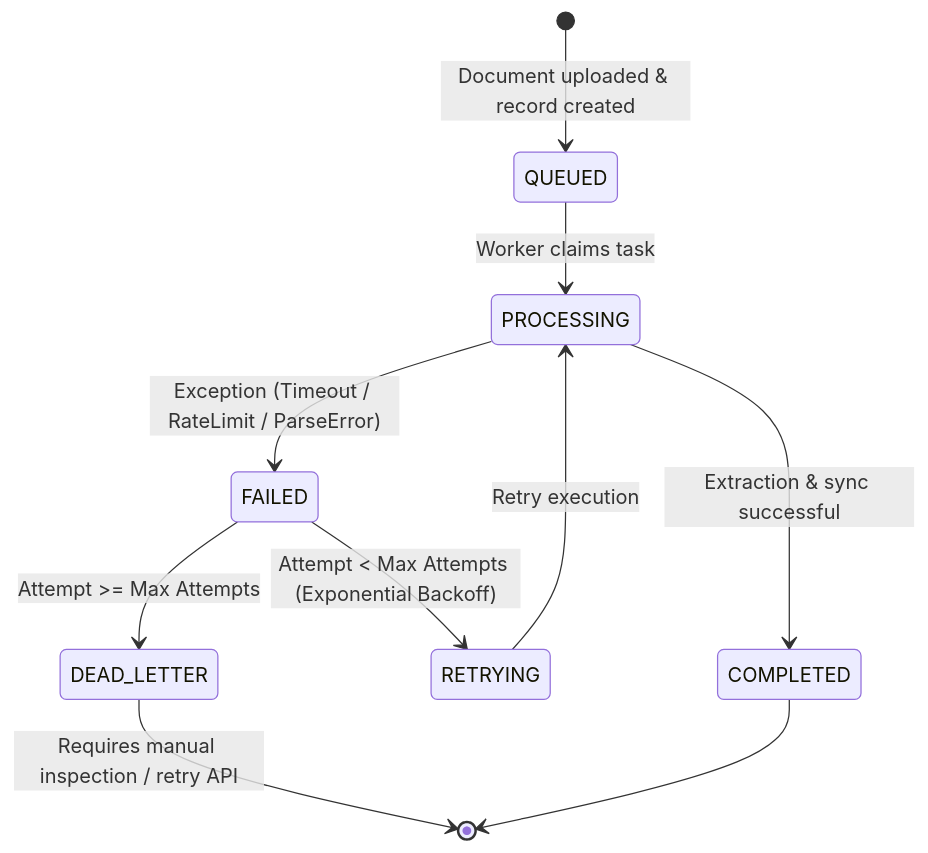
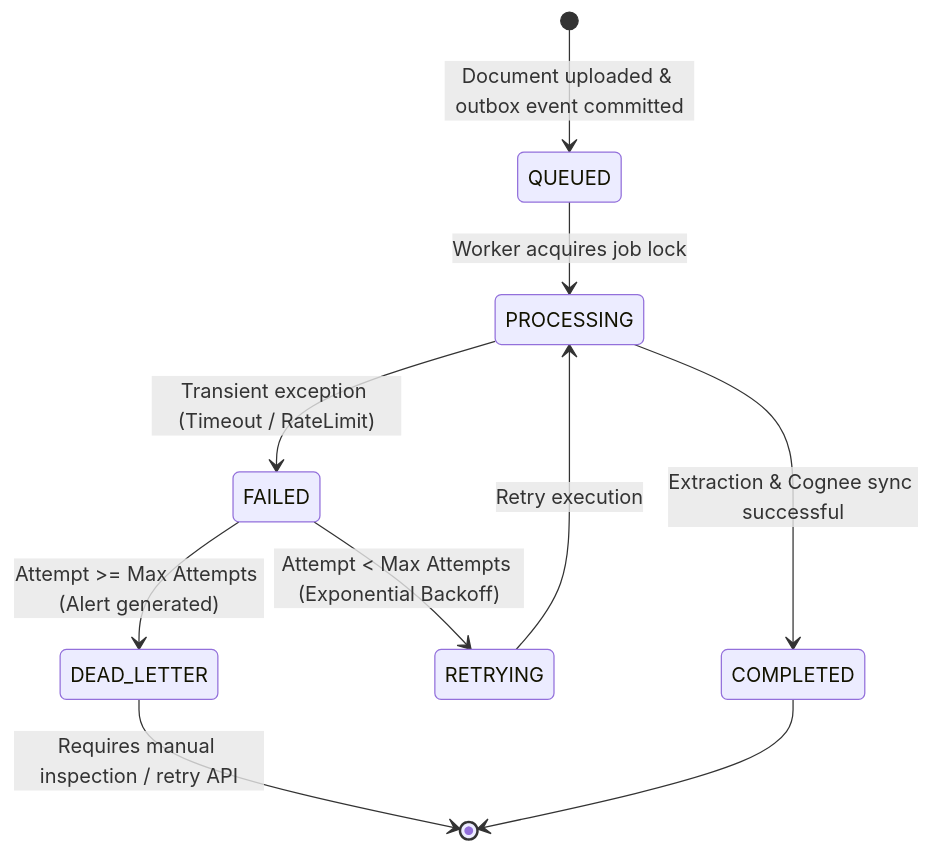
The second of 2 diagrams in docs/ingestion-pipeline.md (rushikeshbathe096/RedThread), drawn with Mermaid before and after one commit. The commit also changed other lines of this file and 38 other files, not shown here.

Commit message:
db schema

````diff
--- a/docs/ingestion-pipeline.md
+++ b/docs/ingestion-pipeline.md
@@ -50,12 +61,12 @@
 ```mermaid
 stateDiagram-v2
-    [*] --> QUEUED : Document uploaded & record created
-    QUEUED --> PROCESSING : Worker claims task
-    PROCESSING --> COMPLETED : Extraction & sync successful
-    PROCESSING --> FAILED : Exception (Timeout / RateLimit / ParseError)
+    [*] --> QUEUED : Document uploaded & outbox event committed
+    QUEUED --> PROCESSING : Worker acquires job lock
+    PROCESSING --> COMPLETED : Extraction & Cognee sync successful
+    PROCESSING --> FAILED : Transient exception (Timeout / RateLimit)
     FAILED --> RETRYING : Attempt < Max Attempts (Exponential Backoff)
     RETRYING --> PROCESSING : Retry execution
-    FAILED --> DEAD_LETTER : Attempt >= Max Attempts
+    FAILED --> DEAD_LETTER : Attempt >= Max Attempts (Alert generated)
     DEAD_LETTER --> [*] : Requires manual inspection / retry API
     COMPLETED --> [*]
 ```
````
